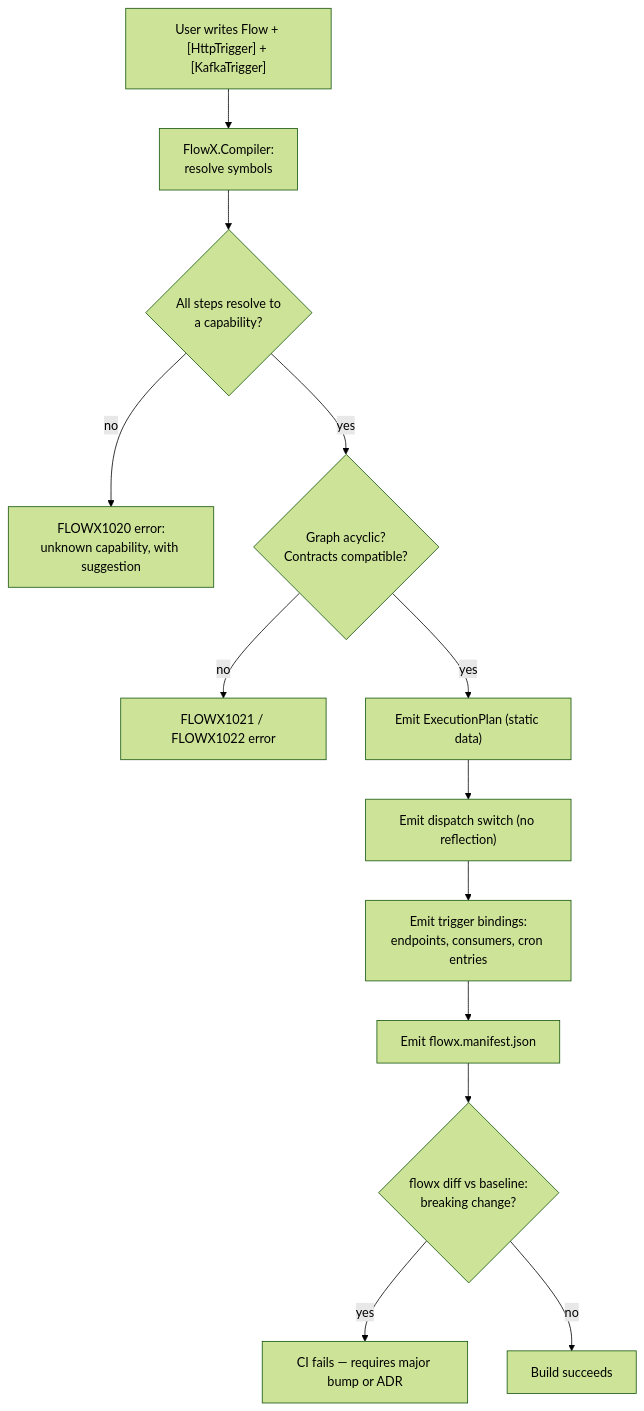
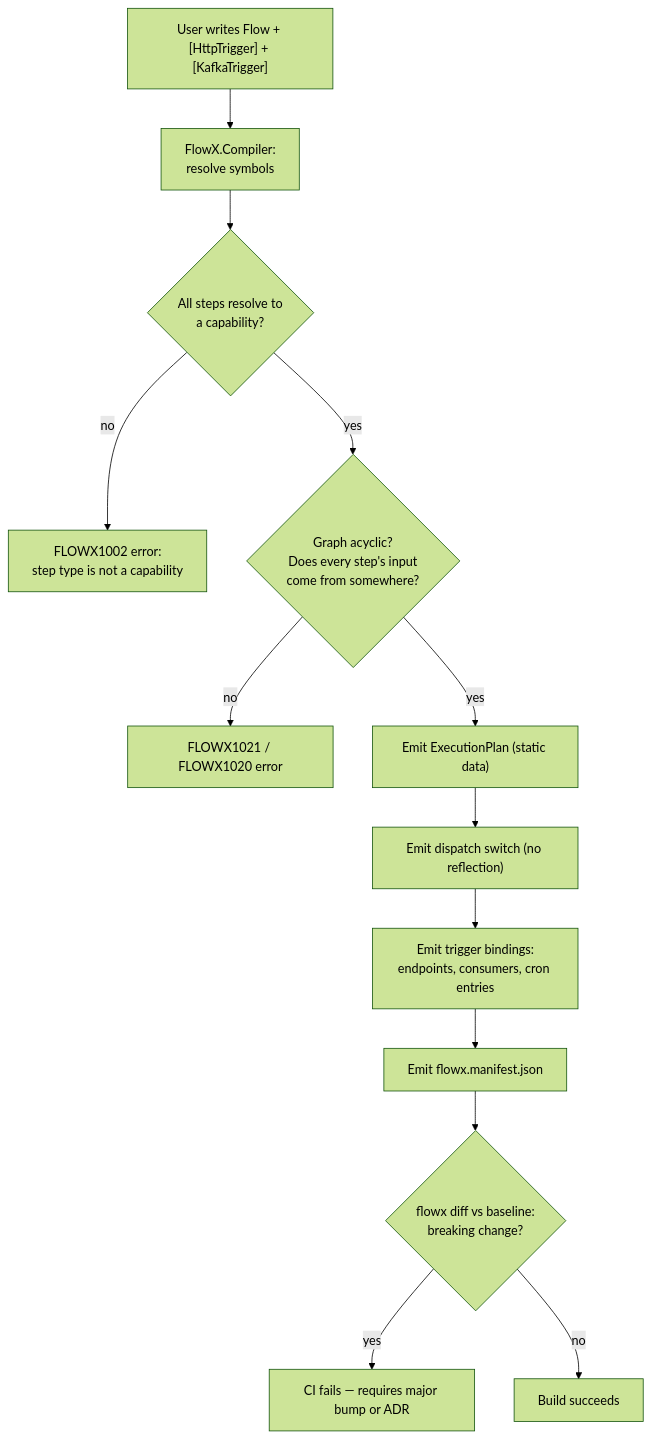
The eighth of 9 diagrams in docs/05-Architecture.md (KhaiTrang1995/NexusFlow), drawn with Mermaid (forest theme) before and after one commit. The commit also changed other lines of this file and 6 other files, not shown here.

````diff
--- a/docs/05-Architecture.md
+++ b/docs/05-Architecture.md
@@ -439,15 +439,15 @@
 ```mermaid
 flowchart TD
     A["User writes Flow + [HttpTrigger] + [KafkaTrigger]"] --> B["FlowX.Compiler:<br/>resolve symbols"]
     B --> C{"All steps resolve to<br/>a capability?"}
-    C -- no --> D["FLOWX1020 error:<br/>unknown capability, with suggestion"]
-    C -- yes --> E{"Graph acyclic?<br/>Contracts compatible?"}
-    E -- no --> F["FLOWX1021 / FLOWX1022 error"]
+    C -- no --> D["FLOWX1002 error:<br/>step type is not a capability"]
+    C -- yes --> E{"Graph acyclic?<br/>Does every step's input<br/>come from somewhere?"}
+    E -- no --> F["FLOWX1021 / FLOWX1020 error"]
     E -- yes --> G["Emit ExecutionPlan (static data)"]
     G --> H["Emit dispatch switch (no reflection)"]
     H --> I["Emit trigger bindings:<br/>endpoints, consumers, cron entries"]
     I --> J["Emit flowx.manifest.json"]
     J --> K{"flowx diff vs baseline:<br/>breaking change?"}
     K -- yes --> L["CI fails — requires major bump or ADR"]
     K -- no --> M["Build succeeds"]
 ```
````
